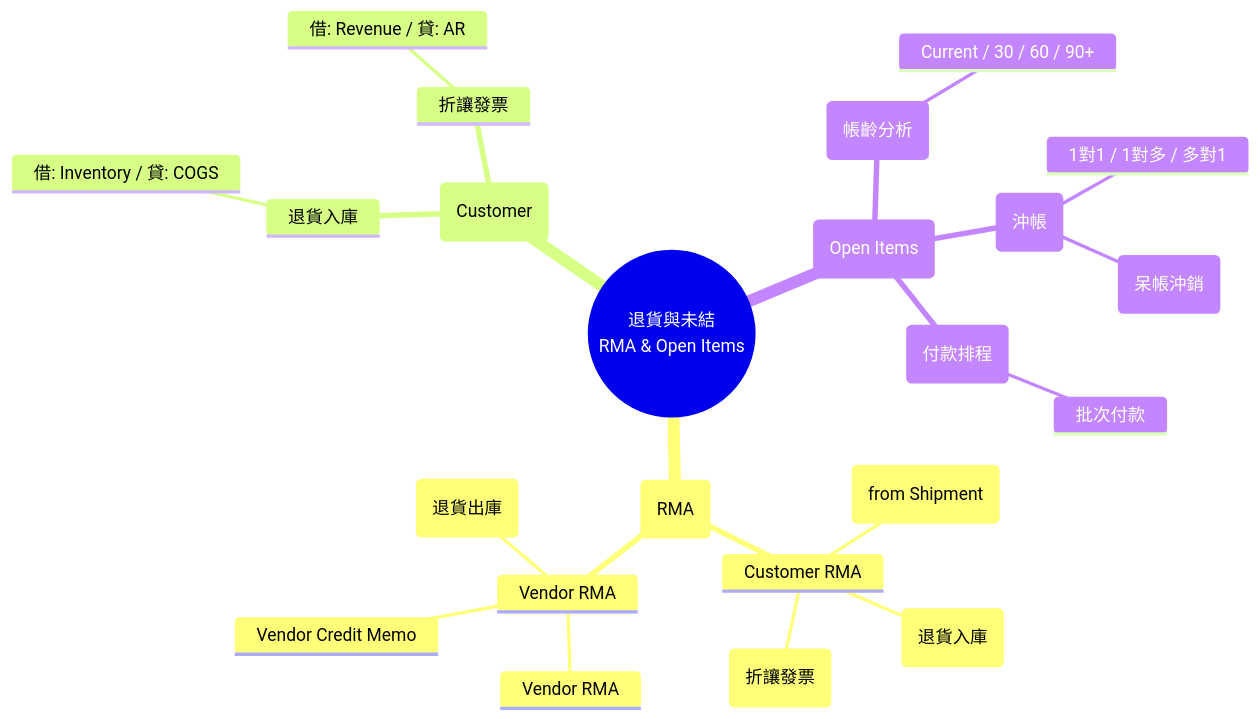
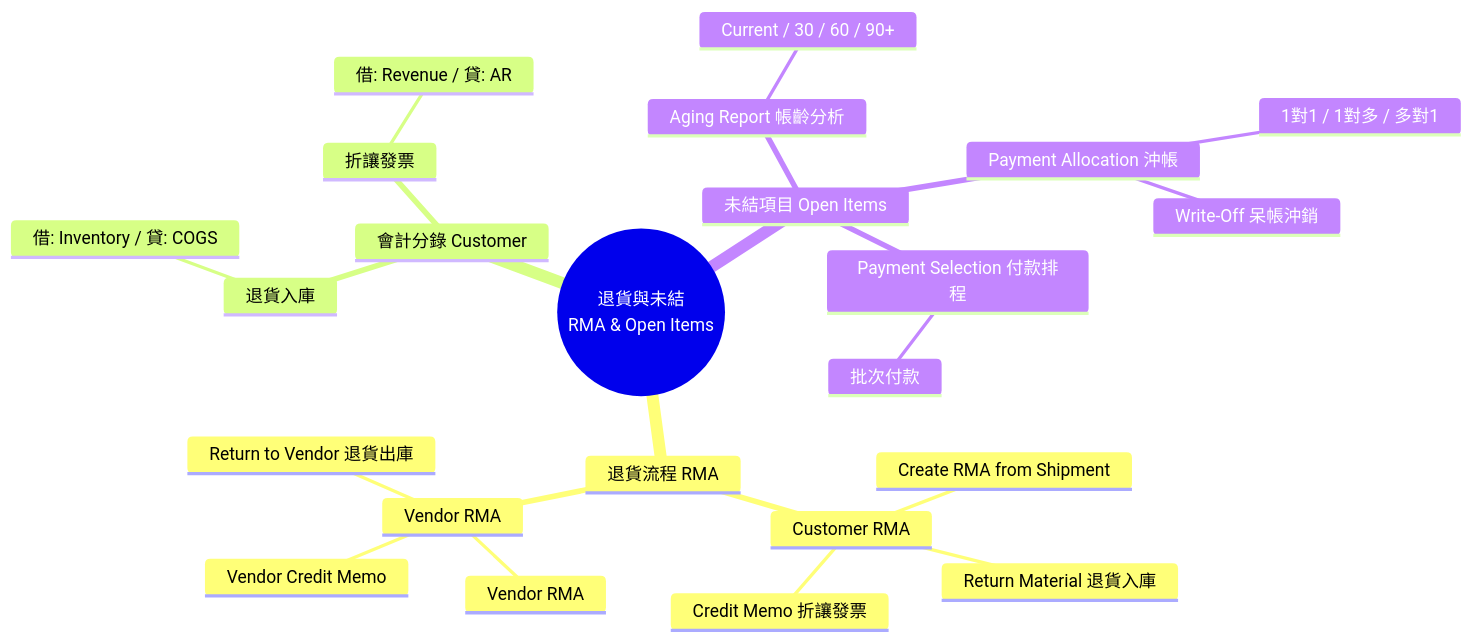
One commit to nczz/claw_notes changed the tenth of 15 diagrams in iDempiere_Notes.md. Above: the diagram before and after it, drawn with Mermaid. The commit also changed other lines of this file, not shown here.

Commit message:
Fix mermaid syntax error: remove parentheses in node text

````diff
--- a/iDempiere_Notes.md
+++ b/iDempiere_Notes.md
@@ -715,26 +715,26 @@
 ```mermaid
 mindmap
   root((退貨與未結<br/>RMA & Open Items))
-    退貨流程 (RMA)
+    退貨流程 RMA
       Customer RMA
-        Create RMA (from Shipment)
-        Return Material (退貨入庫)
-        Credit Memo (折讓發票)
+        Create RMA from Shipment
+        Return Material 退貨入庫
+        Credit Memo 折讓發票
       Vendor RMA
         Vendor RMA
-        Return to Vendor (退貨出庫)
+        Return to Vendor 退貨出庫
         Vendor Credit Memo
-    會計分錄 (Customer)
+    會計分錄 Customer
       退貨入庫
         借: Inventory / 貸: COGS
       折讓發票
         借: Revenue / 貸: AR
-    未結項目 (Open Items)
-      Aging Report (帳齡分析)
+    未結項目 Open Items
+      Aging Report 帳齡分析
         Current / 30 / 60 / 90+
-      Payment Allocation (沖帳)
+      Payment Allocation 沖帳
         1對1 / 1對多 / 多對1
-        Write-Off (呆帳沖銷)
-      Payment Selection (付款排程)
+        Write-Off 呆帳沖銷
+      Payment Selection 付款排程
         批次付款
 ```
````
